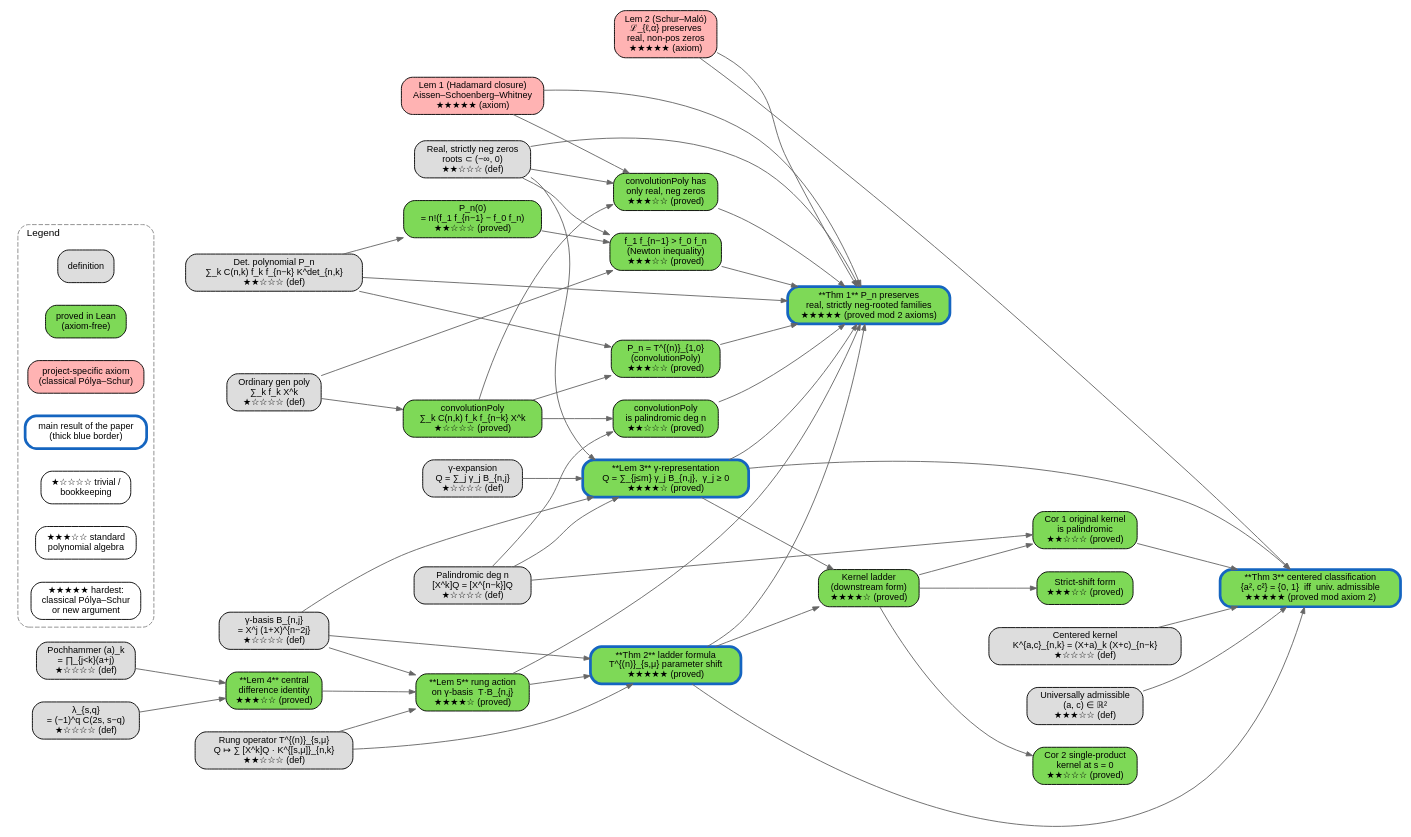
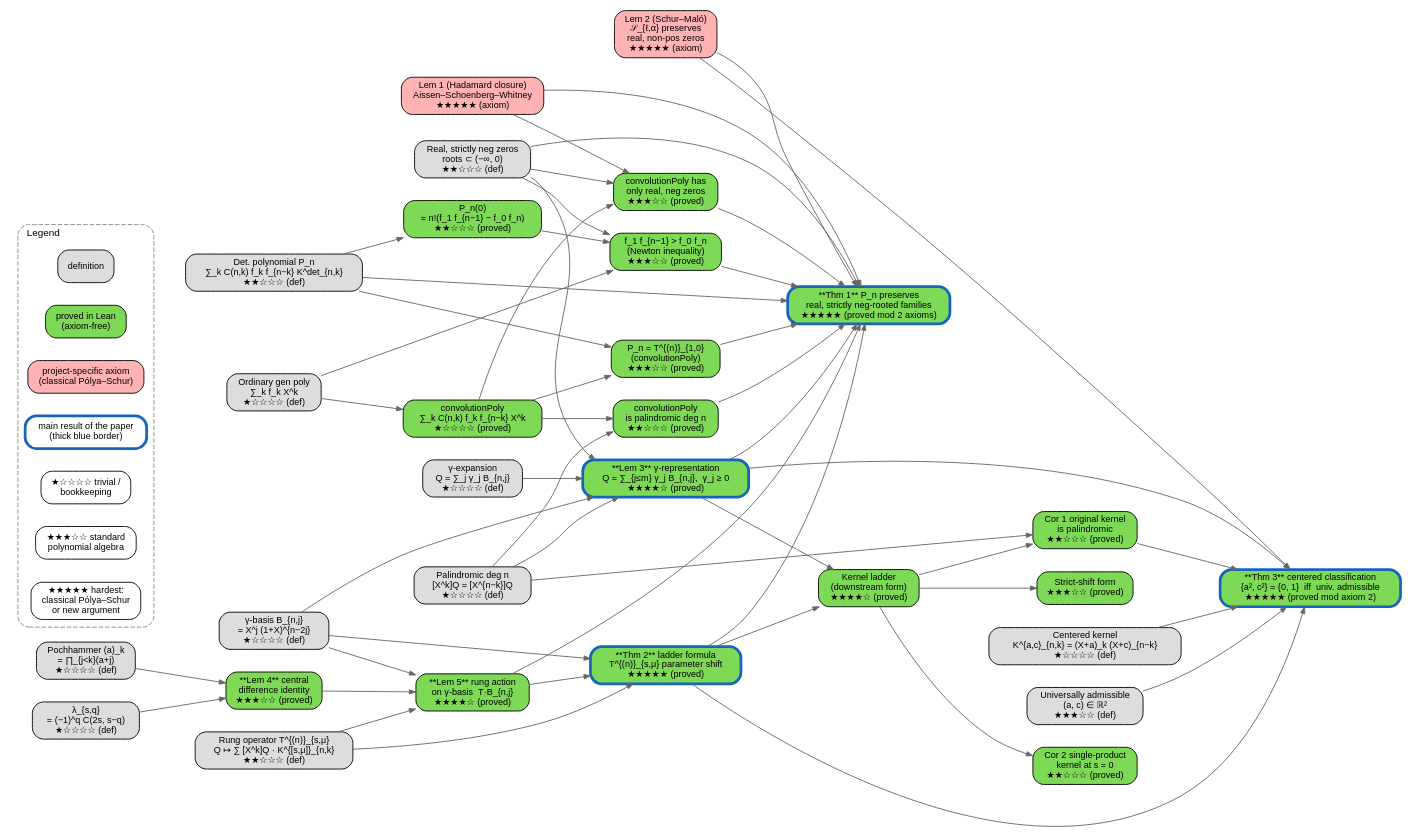
One commit to rvazdev-ex/gamma-pochhammer changed the diagram in blueprint/dep_graph.dot. Above: the diagram before and after it, drawn with Graphviz. The commit also changed 7 other files, not shown here.

```diff
--- a/blueprint/dep_graph.dot
+++ b/blueprint/dep_graph.dot
@@ -62,7 +62,7 @@
       [label="Lem 1 (Hadamard closure)\nAissen–Schoenberg–Whitney\n★★★★★ (axiom)",
        fillcolor="#ffb3b3"];
   "lem:schur_preserves_nonpos"
-      [label="Lem 2 (Schur–Maló)\nℒ_{ℓ,α} preserves\nreal, non-pos zeros\n★★★★★ (axiom)",
+      [label="Lem 2 (Schur–Maló)\n𝒮_{ℓ,α} preserves\nreal, non-pos zeros\n★★★★★ (axiom)",
        fillcolor="#ffb3b3"];
 
   // -- Lemma 3: gamma-representation (main proved result; blue border).
```
